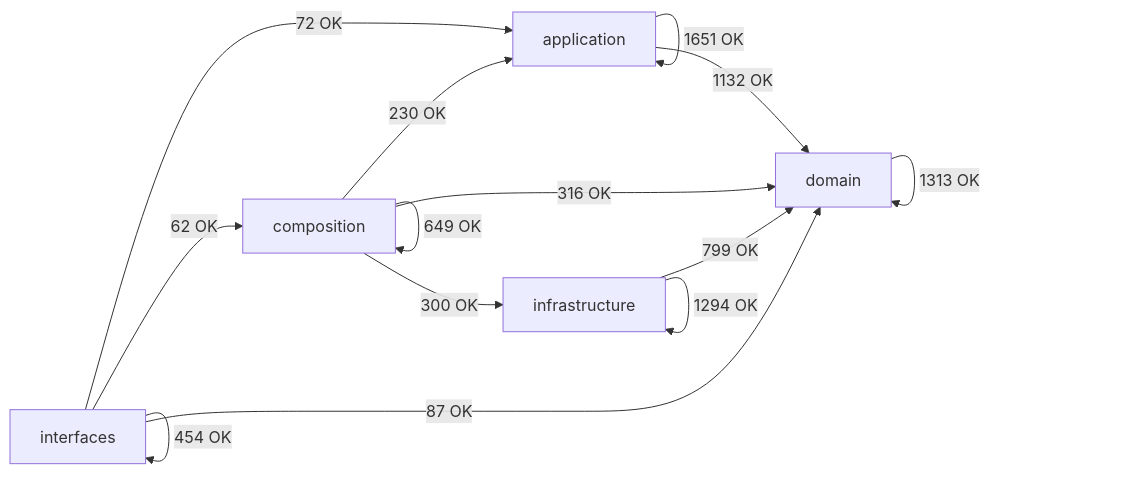
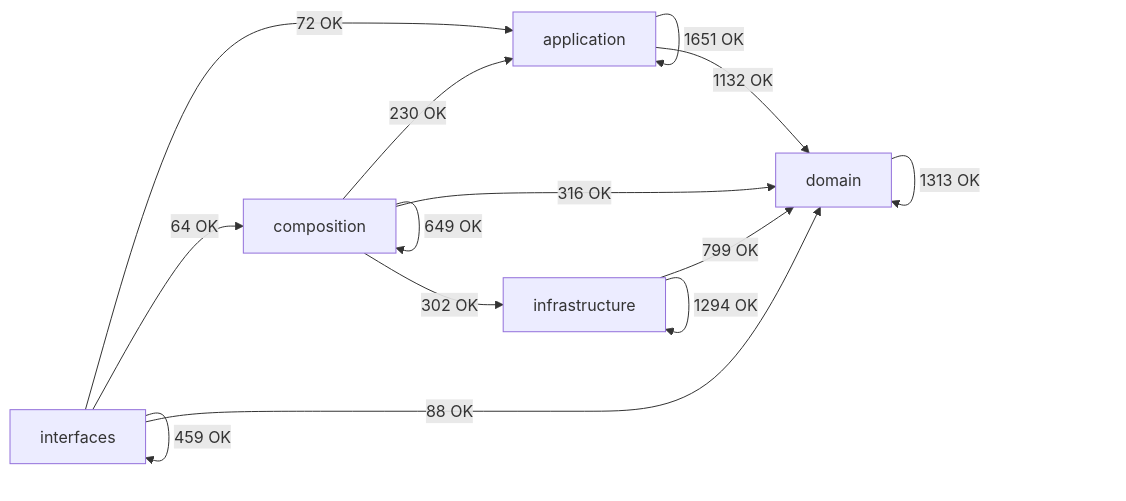
One commit to SatoryKono/BioactivityDataAcquisition changed the diagram in docs/02-architecture/generated/module-dependency-map.md. Above: the diagram before and after it, drawn with Mermaid. The commit also changed other lines of this file, not shown here.

````diff
--- a/docs/02-architecture/generated/module-dependency-map.md
+++ b/docs/02-architecture/generated/module-dependency-map.md
@@ -17,21 +17,21 @@
 ```mermaid
 flowchart LR
     domain[domain]
     application[application]
     infrastructure[infrastructure]
     composition[composition]
     interfaces[interfaces]
     application -->|1651 OK| application
     application -->|1132 OK| domain
     composition -->|230 OK| application
     composition -->|649 OK| composition
     composition -->|316 OK| domain
-    composition -->|300 OK| infrastructure
+    composition -->|302 OK| infrastructure
     domain -->|1313 OK| domain
     infrastructure -->|799 OK| domain
     infrastructure -->|1294 OK| infrastructure
     interfaces -->|72 OK| application
-    interfaces -->|62 OK| composition
-    interfaces -->|87 OK| domain
-    interfaces -->|454 OK| interfaces
+    interfaces -->|64 OK| composition
+    interfaces -->|88 OK| domain
+    interfaces -->|459 OK| interfaces
 ```
````
